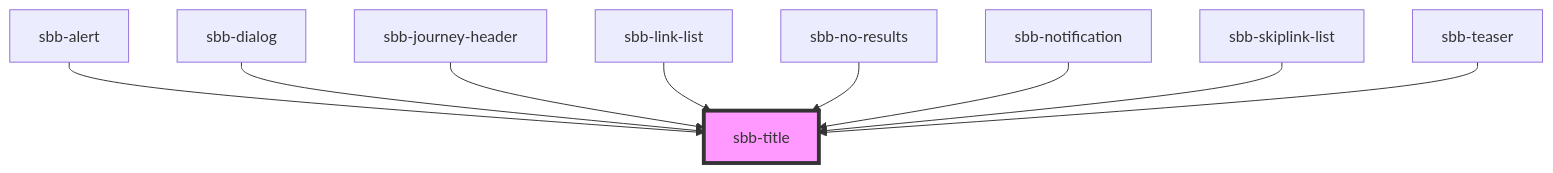
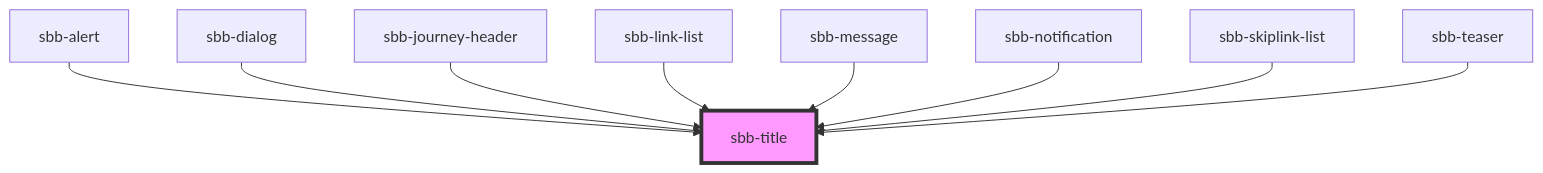
The diagram in src/components/sbb-title/readme.md (sbb-design-systems/lyne-components), drawn with Mermaid before and after one commit. The commit also changed other lines of this file and 9 other files, not shown here.

First line of the commit message:
refactor(sbb-message): rename `sbb-no-results` to `sbb-message`

````diff
--- a/src/components/sbb-title/readme.md
+++ b/src/components/sbb-title/readme.md
@@ -36,12 +36,12 @@
 ```mermaid
 graph TD;
   sbb-alert --> sbb-title
   sbb-dialog --> sbb-title
   sbb-journey-header --> sbb-title
   sbb-link-list --> sbb-title
-  sbb-no-results --> sbb-title
+  sbb-message --> sbb-title
   sbb-notification --> sbb-title
   sbb-skiplink-list --> sbb-title
   sbb-teaser --> sbb-title
   style sbb-title fill:#f9f,stroke:#333,stroke-width:4px
 ```
````
